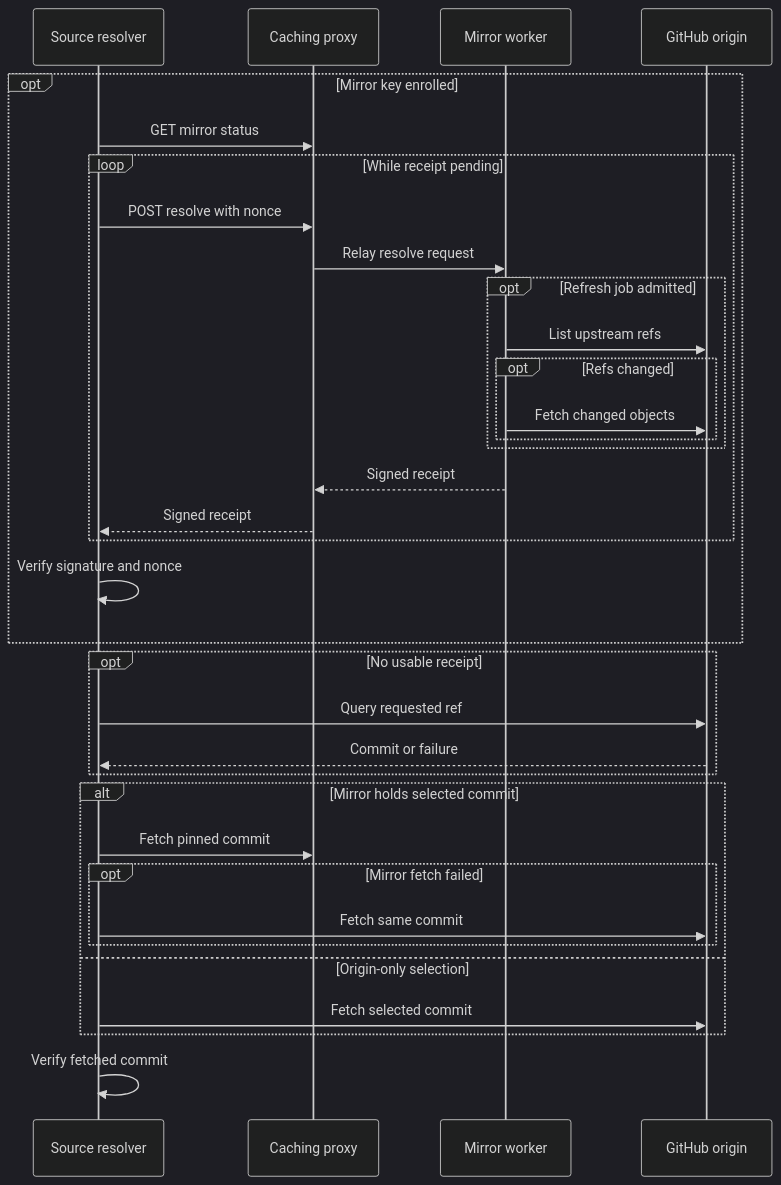
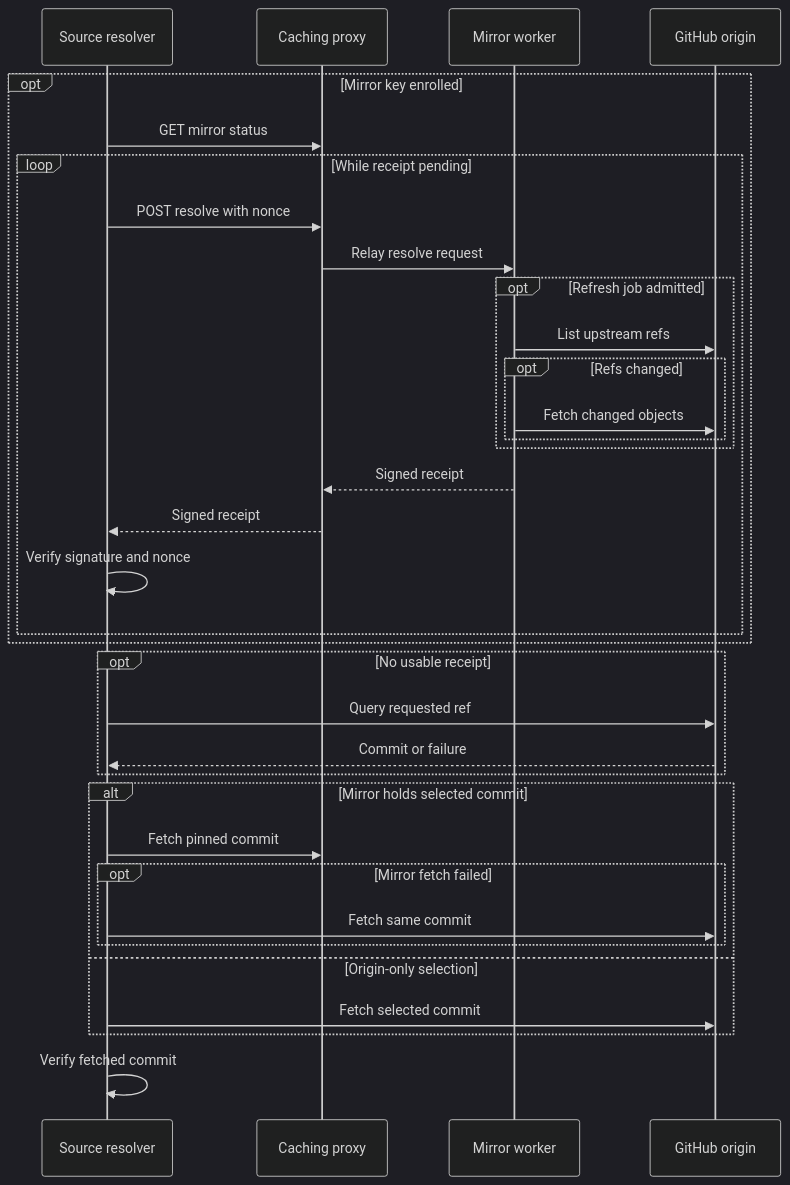
The seventh of 18 diagrams in docs/design/03-data-flows.md (alissonsol/yuruna), drawn with Mermaid (dark theme) before and after one commit. The commit also changed other lines of this file and 1545 other files, not shown here.

````diff
--- a/docs/design/03-data-flows.md
+++ b/docs/design/03-data-flows.md
@@ -254,36 +315,36 @@
 ```mermaid
 sequenceDiagram
     participant test-host-git-psm1 as Source resolver
     participant caching-proxy-service as Caching proxy
     participant git-mirror-worker as Mirror worker
     participant github as GitHub origin
     opt Mirror key enrolled
         test-host-git-psm1->>caching-proxy-service: GET mirror status
         loop While receipt pending
             test-host-git-psm1->>caching-proxy-service: POST resolve with nonce
             caching-proxy-service->>git-mirror-worker: Relay resolve request
             opt Refresh job admitted
                 git-mirror-worker->>github: List upstream refs
                 opt Refs changed
                     git-mirror-worker->>github: Fetch changed objects
                 end
             end
             git-mirror-worker-->>caching-proxy-service: Signed receipt
             caching-proxy-service-->>test-host-git-psm1: Signed receipt
+            test-host-git-psm1->>test-host-git-psm1: Verify signature and nonce
         end
-        test-host-git-psm1->>test-host-git-psm1: Verify signature and nonce
     end
     opt No usable receipt
         test-host-git-psm1->>github: Query requested ref
         github-->>test-host-git-psm1: Commit or failure
     end
     alt Mirror holds selected commit
         test-host-git-psm1->>caching-proxy-service: Fetch pinned commit
         opt Mirror fetch failed
             test-host-git-psm1->>github: Fetch same commit
         end
     else Origin-only selection
         test-host-git-psm1->>github: Fetch selected commit
     end
     test-host-git-psm1->>test-host-git-psm1: Verify fetched commit
 ```
````
